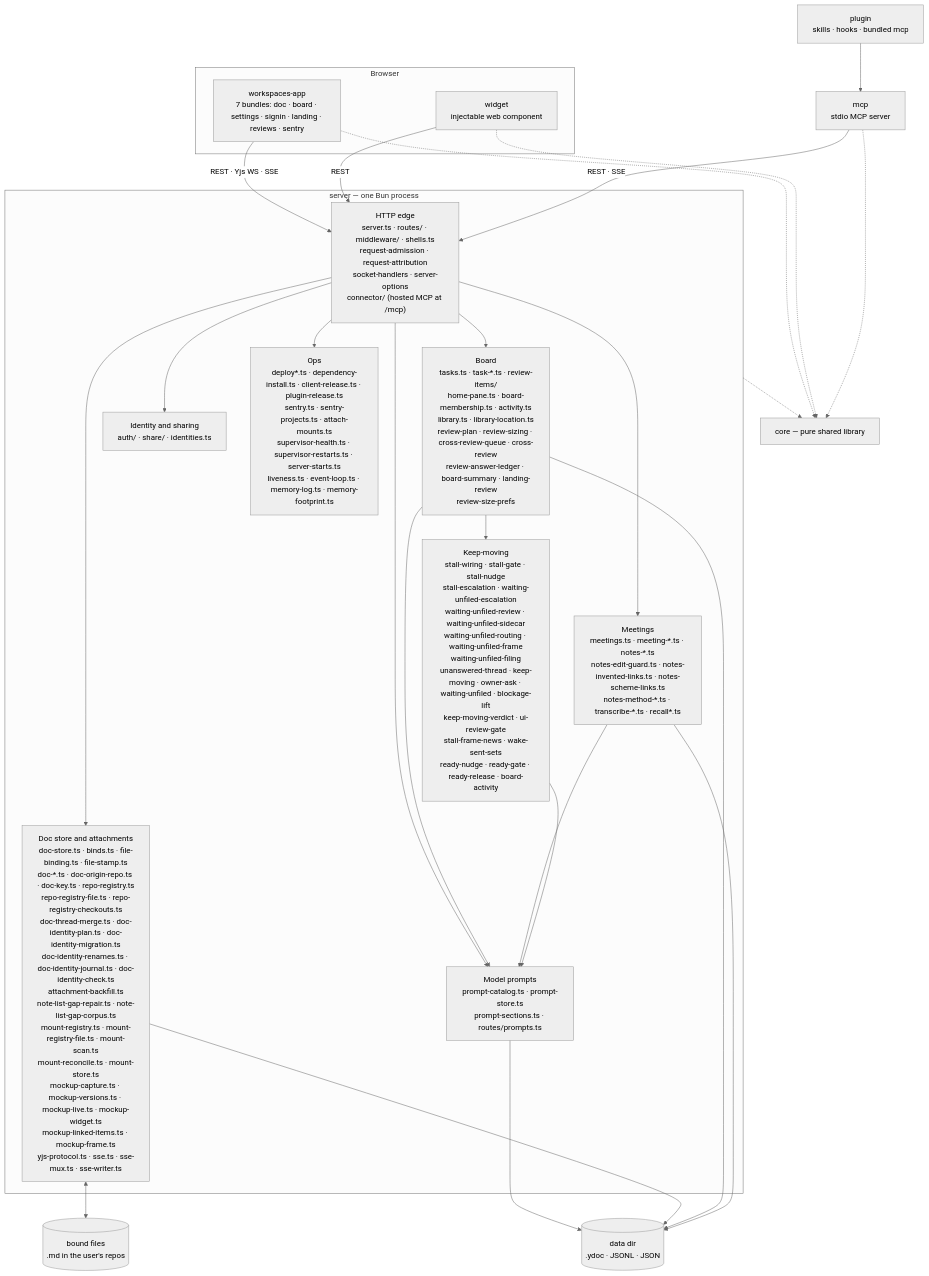
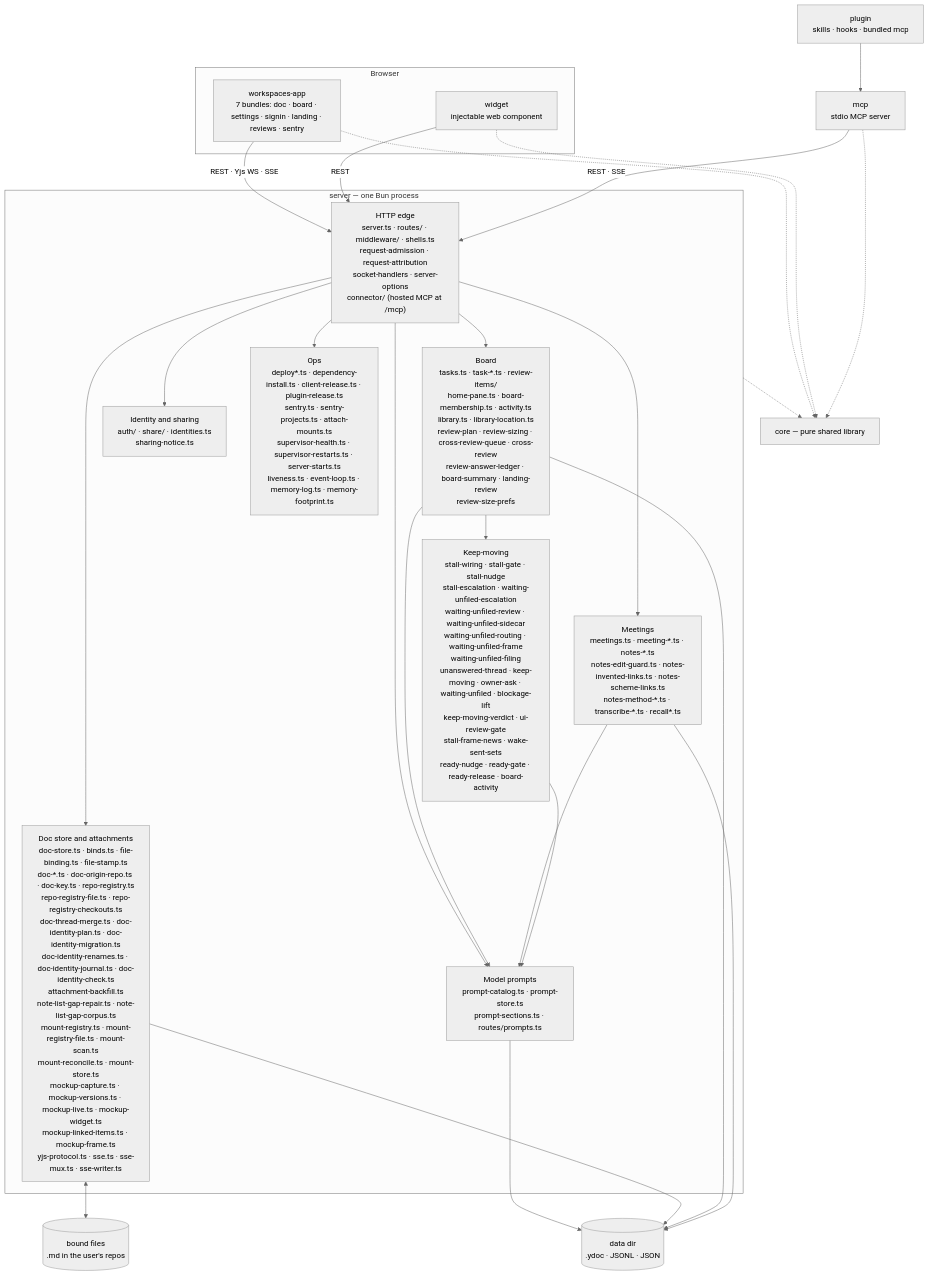
One commit to fryanpan/claude-workspaces-plugin changed the first of 2 diagrams in docs/architecture/overview.md. Above: the diagram before and after it, drawn with Mermaid (neutral theme). The commit also changed other lines of this file and 22 other files, not shown here.

````diff
--- a/docs/architecture/overview.md
+++ b/docs/architecture/overview.md
@@ -45,35 +45,35 @@
 ```mermaid
 flowchart TB
   subgraph browser[Browser]
     app["workspaces-app<br/>7 bundles: doc · board · settings · signin · landing · reviews · sentry"]
     wid["widget<br/>injectable web component"]
   end
   plug["plugin<br/>skills · hooks · bundled mcp"]
   mcp["mcp<br/>stdio MCP server"]
   subgraph srv["server — one Bun process"]
     edge["HTTP edge<br/>server.ts · routes/ · middleware/ · shells.ts<br/>request-admission · request-attribution<br/>socket-handlers · server-options<br/>connector/ (hosted MCP at /mcp)"]
     docs["Doc store and attachments<br/>doc-store.ts · binds.ts · file-binding.ts · file-stamp.ts<br/>doc-*.ts · doc-origin-repo.ts · doc-key.ts · repo-registry.ts<br/>repo-registry-file.ts · repo-registry-checkouts.ts<br/>doc-thread-merge.ts · doc-identity-plan.ts · doc-identity-migration.ts<br/>doc-identity-renames.ts · doc-identity-journal.ts · doc-identity-check.ts<br/>attachment-backfill.ts<br/>note-list-gap-repair.ts · note-list-gap-corpus.ts<br/>mount-registry.ts · mount-registry-file.ts · mount-scan.ts<br/>mount-reconcile.ts · mount-store.ts<br/>mockup-capture.ts · mockup-versions.ts · mockup-live.ts · mockup-widget.ts<br/>mockup-linked-items.ts · mockup-frame.ts<br/>yjs-protocol.ts · sse.ts · sse-mux.ts · sse-writer.ts"]
     board["Board<br/>tasks.ts · task-*.ts · review-items/<br/>home-pane.ts · board-membership.ts · activity.ts<br/>library.ts · library-location.ts<br/>review-plan · review-sizing · cross-review-queue · cross-review<br/>review-answer-ledger · board-summary · landing-review<br/>review-size-prefs"]
     meet["Meetings<br/>meetings.ts · meeting-*.ts · notes-*.ts<br/>notes-edit-guard.ts · notes-invented-links.ts · notes-scheme-links.ts<br/>notes-method-*.ts · transcribe-*.ts · recall*.ts"]
     keep["Keep-moving<br/>stall-wiring · stall-gate · stall-nudge<br/>stall-escalation · waiting-unfiled-escalation<br/>waiting-unfiled-review · waiting-unfiled-sidecar<br/>waiting-unfiled-routing · waiting-unfiled-frame<br/>waiting-unfiled-filing<br/>unanswered-thread · keep-moving · owner-ask · waiting-unfiled · blockage-lift<br/>keep-moving-verdict · ui-review-gate<br/>stall-frame-news · wake-sent-sets<br/>ready-nudge · ready-gate · ready-release · board-activity"]
-    ident["Identity and sharing<br/>auth/ · share/ · identities.ts"]
+    ident["Identity and sharing<br/>auth/ · share/ · identities.ts<br/>sharing-notice.ts"]
     prompts["Model prompts<br/>prompt-catalog.ts · prompt-store.ts<br/>prompt-sections.ts · routes/prompts.ts"]
     ops["Ops<br/>deploy*.ts · dependency-install.ts · client-release.ts · plugin-release.ts<br/>sentry.ts · sentry-projects.ts · attach-mounts.ts<br/>supervisor-health.ts · supervisor-restarts.ts · server-starts.ts<br/>liveness.ts · event-loop.ts · memory-log.ts · memory-footprint.ts"]
   end
   core["core — pure shared library"]
   disk[("data dir<br/>.ydoc · JSONL · JSON")]
   files[("bound files<br/>.md in the user's repos")]
 
   app -->|"REST · Yjs WS · SSE"| edge
   wid -->|REST| edge
   plug --> mcp
   mcp -->|"REST · SSE"| edge
   edge --> docs & board & meet & ident & ops & prompts
   board & meet & keep --> prompts
   prompts --> disk
   board --> keep
   docs <--> files
   docs & board & meet --> disk
   app & wid & mcp -.-> core
   srv -.-> core
 ```
````
